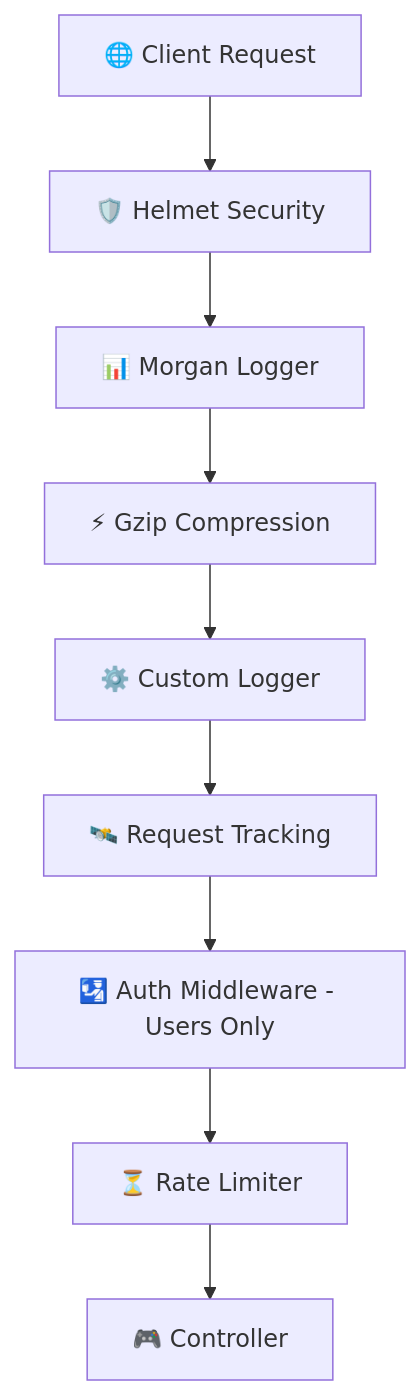
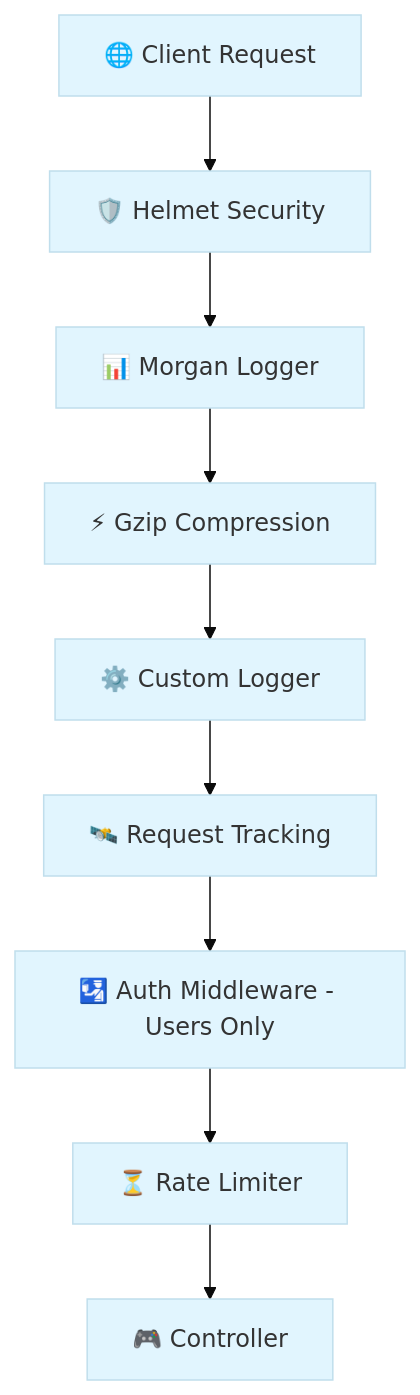
One commit to alvianzf/introduction-to-nest changed the first of 3 diagrams in README.md. Above: the diagram before and after it, drawn with Mermaid. The commit also changed other lines of this file and 2 other files, not shown here.

Commit message:
Enhance documentation visuals: Brighten Mermaid diagrams for better visibility

````diff
--- a/README.md
+++ b/README.md
@@ -11,11 +11,12 @@
 ```mermaid
+%%{init: {'theme': 'base', 'themeVariables': { 'primaryColor': '#e1f5fe', 'edgeColor': '#01579b', 'tertiaryColor': '#fff9c4'}}}%%
 graph TD
     Client[🌐 Client Request] --> Helmet[🛡️ Helmet Security]
     Helmet --> Morgan[📊 Morgan Logger]
     Morgan --> Compression[⚡ Gzip Compression]
     Compression --> LoggerMW[⚙️ Custom Logger]
     LoggerMW --> TrackingMW[🛰️ Request Tracking]
     TrackingMW --> AuthMW[🛂 Auth Middleware - Users Only]
     AuthMW --> RateLimit[⏳ Rate Limiter]
     RateLimit --> Controller[🎮 Controller]
 ```
````
